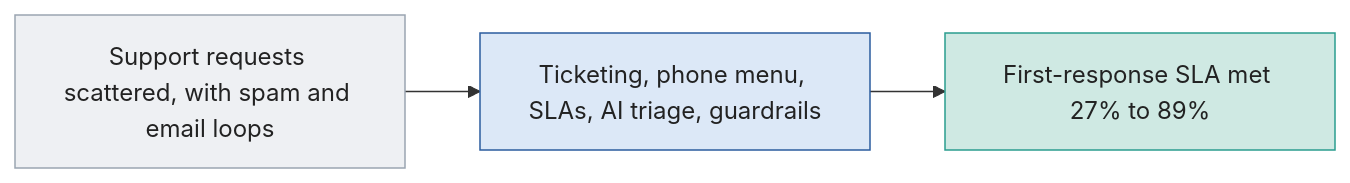
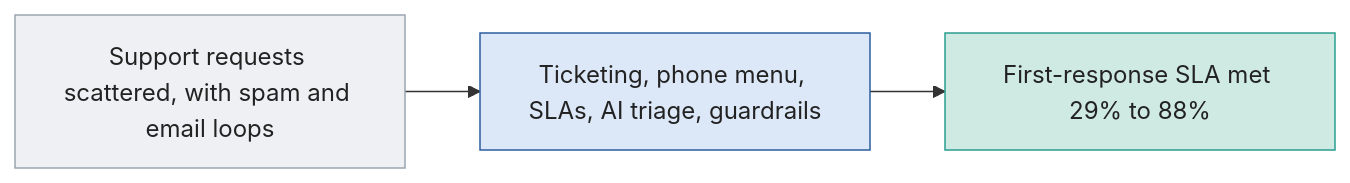
Before and after one commit to rbanola1/RevOps-Portfolio: the diagram in 06-service-hub-and-support-agents/README.md, drawn with Mermaid. The commit also changed other lines of this file and 105 other files, not shown here.

````diff
--- a/06-service-hub-and-support-agents/README.md
+++ b/06-service-hub-and-support-agents/README.md
@@ -8,10 +8,10 @@
 ```mermaid
 flowchart LR
-    A["Support requests scattered, with spam and email loops"] --> B["Ticketing, phone menu, SLAs, AI triage, guardrails"] --> C["First-response SLA met 27% to 89%"]
+    A["Support requests scattered, with spam and email loops"] --> B["Ticketing, phone menu, SLAs, AI triage, guardrails"] --> C["First-response SLA met 29% to 88%"]
     classDef p fill:#EEF0F3,stroke:#9AA5B1,color:#222
     classDef b fill:#DCE8F7,stroke:#2B5C9E,color:#222
     classDef r fill:#CFE9E3,stroke:#2A9D8F,color:#222
     class A p
     class B b
     class C r
 ```
````
